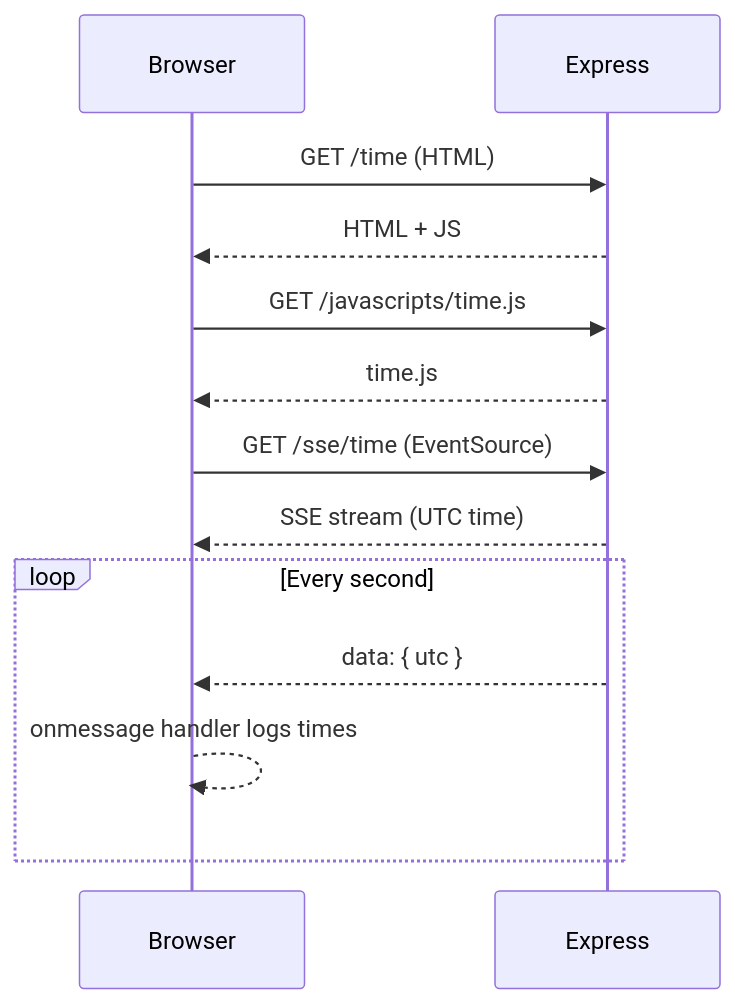
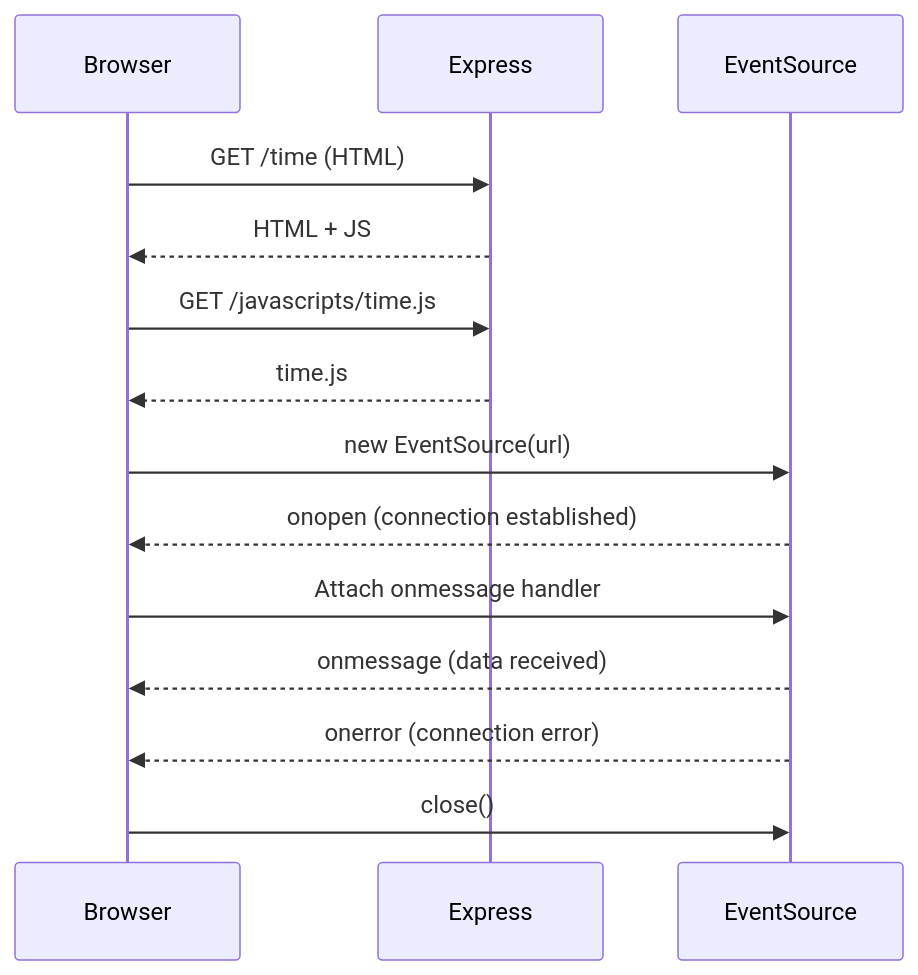
Before and after one commit to jeffcaradona/server-sent-events: the diagram in Server Sent Events Lifecycle.mmd, drawn with Mermaid. The commit also changed 8 other files, not shown here.

```diff
--- a/Server Sent Events Lifecycle.mmd
+++ b/Server Sent Events Lifecycle.mmd
@@ -1,13 +1,14 @@
 sequenceDiagram
     participant Browser
     participant Express
+    participant EventSource
     Browser->>Express: GET /time (HTML)
     Express-->>Browser: HTML + JS
     Browser->>Express: GET /javascripts/time.js
     Express-->>Browser: time.js
-    Browser->>Express: GET /sse/time (EventSource)
-    Express-->>Browser: SSE stream (UTC time)
-    loop Every second
-        Express-->>Browser: data: { utc }
-        Browser-->>Browser: onmessage handler logs times
-    end
+    Browser->>EventSource: new EventSource(url)
+    EventSource-->>Browser: onopen (connection established)
+    Browser->>EventSource: Attach onmessage handler
+    EventSource-->>Browser: onmessage (data received)
+    EventSource-->>Browser: onerror (connection error)
+    Browser->>EventSource: close()
```
